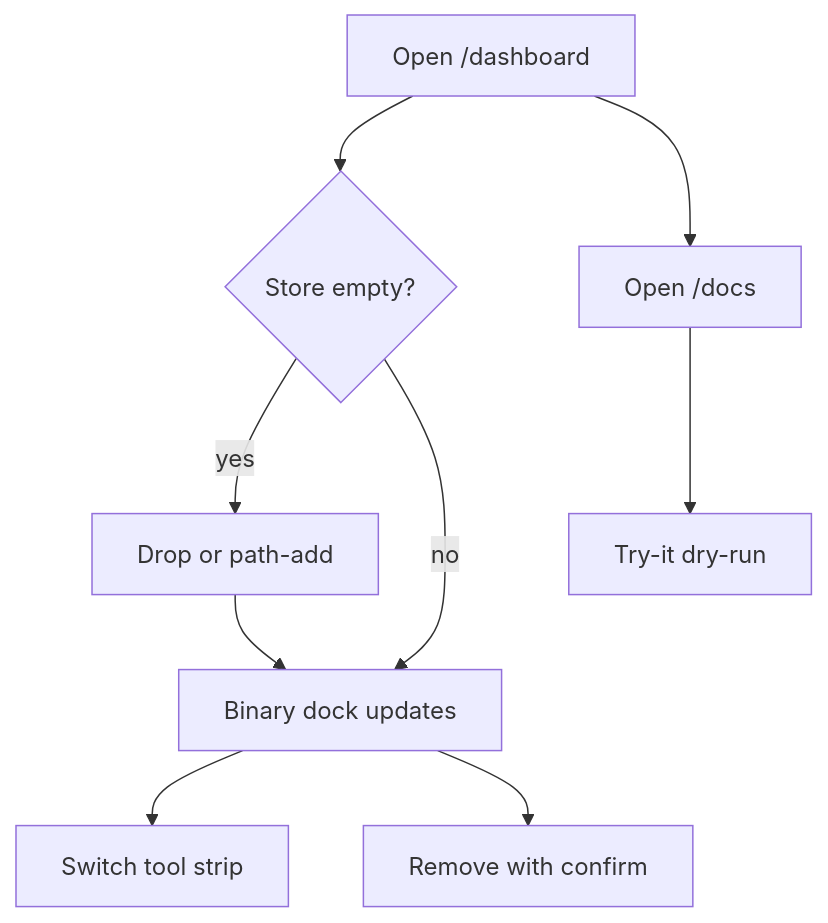
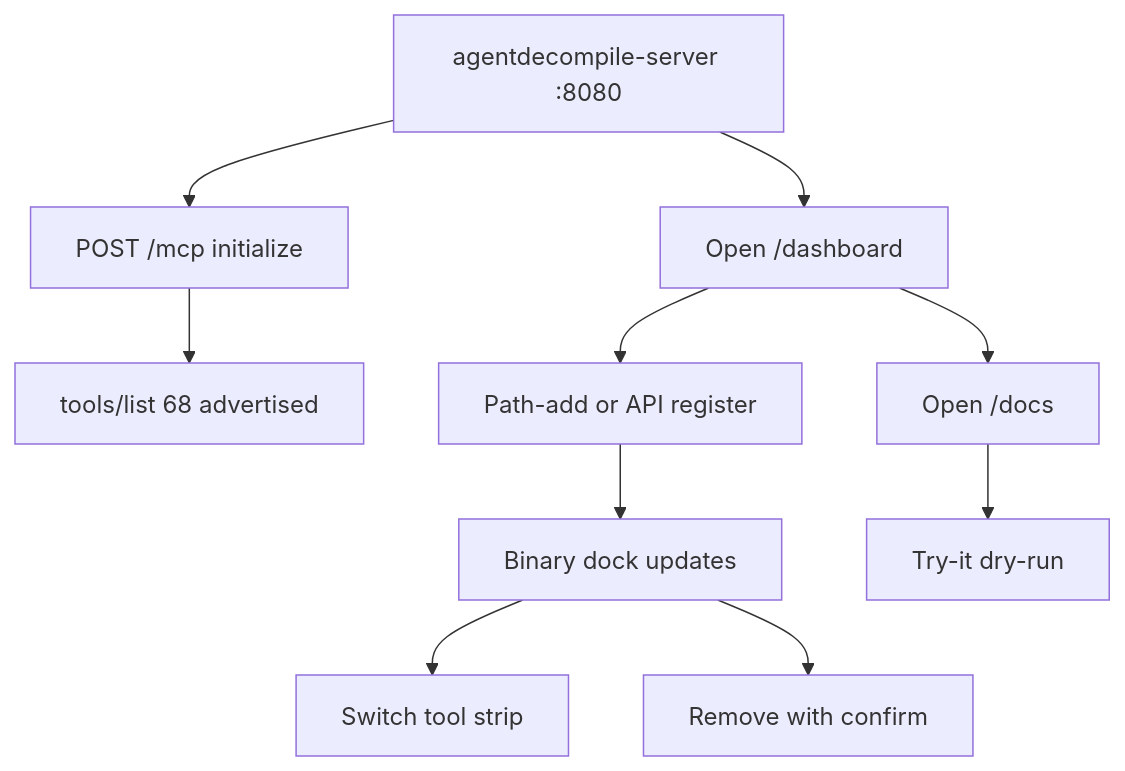
One commit to bolabaden/AgentDecompile changed the diagram in docs/dogfood-reports/2026-08-31-feat-corpus-kotorxid-library-dogfood.md. Above: the diagram before and after it, drawn with Mermaid. The commit also changed other lines of this file, not shown here.

First line of the commit message:
Record the agentdecompile-server 8080 dogfood pass.

````diff
--- a/docs/dogfood-reports/2026-08-31-feat-corpus-kotorxid-library-dogfood.md
+++ b/docs/dogfood-reports/2026-08-31-feat-corpus-kotorxid-library-dogfood.md
@@ -21,19 +22,22 @@
 ```mermaid
 flowchart TD
+  serve[agentdecompile-server :8080]
   open[Open /dashboard]
-  empty{Store empty?}
-  drop[Drop or path-add]
+  mcpInit[POST /mcp initialize]
+  listTools[tools/list 68 advertised]
+  drop[Path-add or API register]
   list[Binary dock updates]
   strip[Switch tool strip]
   swagger[Open /docs]
   tryit[Try-it dry-run]
   remove[Remove with confirm]
-  open --> empty
-  empty -->|yes| drop
-  empty -->|no| list
+  serve --> open
+  serve --> mcpInit
+  mcpInit --> listTools
+  open --> drop
   drop --> list
   list --> strip
   open --> swagger
   swagger --> tryit
   list --> remove
 ```
````
